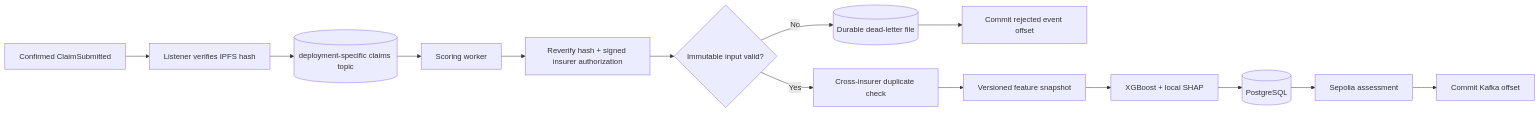
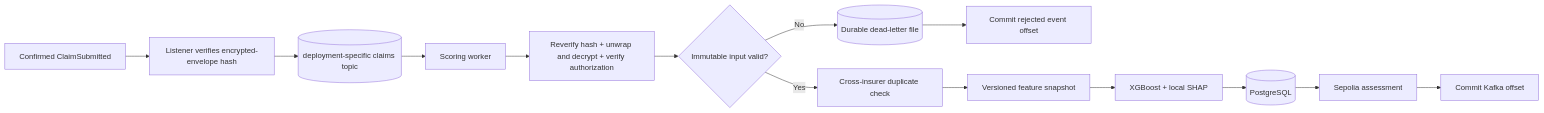
Before and after one commit to ganesh1997oli/Decentralized-Claims-Registry: the first of 2 diagrams in packages/integrations/kafka/README.md, drawn with Mermaid. The commit also changed other lines of this file and 64 other files, not shown here.

````diff
--- a/packages/integrations/kafka/README.md
+++ b/packages/integrations/kafka/README.md
@@ -8,16 +8,16 @@
 ```mermaid
 flowchart LR
-    Chain["Confirmed ClaimSubmitted"] --> Listener["Listener verifies IPFS hash"]
+    Chain["Confirmed ClaimSubmitted"] --> Listener["Listener verifies encrypted-envelope hash"]
     Listener --> Topic[("deployment-specific claims topic")]
     Topic --> Worker["Scoring worker"]
-    Worker --> Verify["Reverify hash + signed insurer authorization"]
+    Worker --> Verify["Reverify hash + unwrap and decrypt + verify authorization"]
     Verify --> Valid{"Immutable input valid?"}
     Valid -->|Yes| Duplicate["Cross-insurer duplicate check"]
     Valid -->|No| DeadLetter[("Durable dead-letter file")]
     DeadLetter --> RejectedCommit["Commit rejected event offset"]
     Duplicate --> Features["Versioned feature snapshot"]
     Features --> Model["XGBoost + local SHAP"]
     Model --> DB[("PostgreSQL")]
     DB --> Write["Sepolia assessment"]
     Write --> Commit["Commit Kafka offset"]
 ```
````
